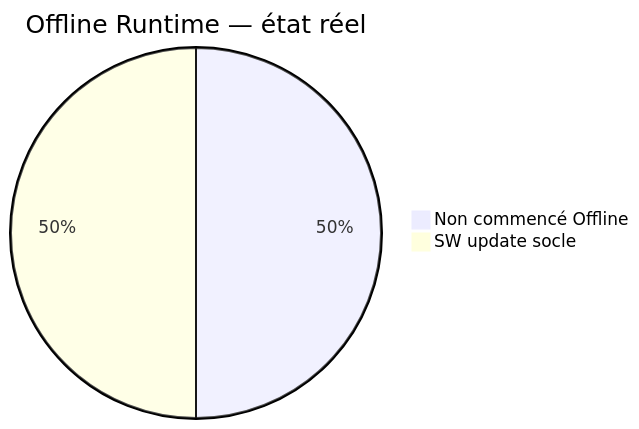
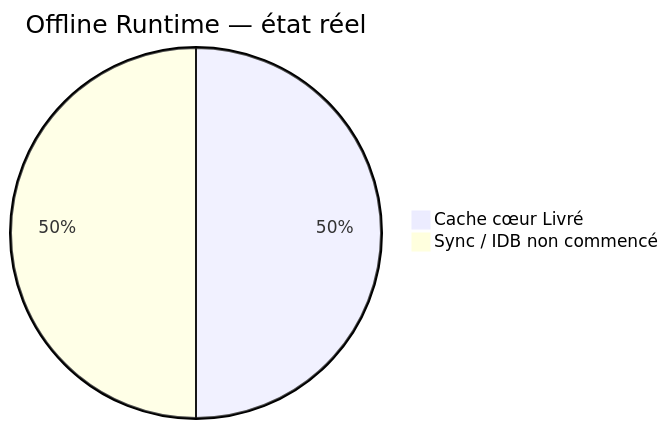
Before and after one commit to JavaChrist/Tai-Chi-AI-Coach: the second of 5 diagrams in docs/runtime/07_OFFLINE_STATUS.md, drawn with Mermaid. The commit also changed other lines of this file and 25 other files, not shown here.

````diff
--- a/docs/runtime/07_OFFLINE_STATUS.md
+++ b/docs/runtime/07_OFFLINE_STATUS.md
@@ -109,5 +109,5 @@
 ```mermaid
 pie title Offline Runtime — état réel
-  "Non commencé Offline" : 1
-  "SW update socle" : 1
+  "Cache cœur Livré" : 1
+  "Sync / IDB non commencé" : 1
 ```
````
